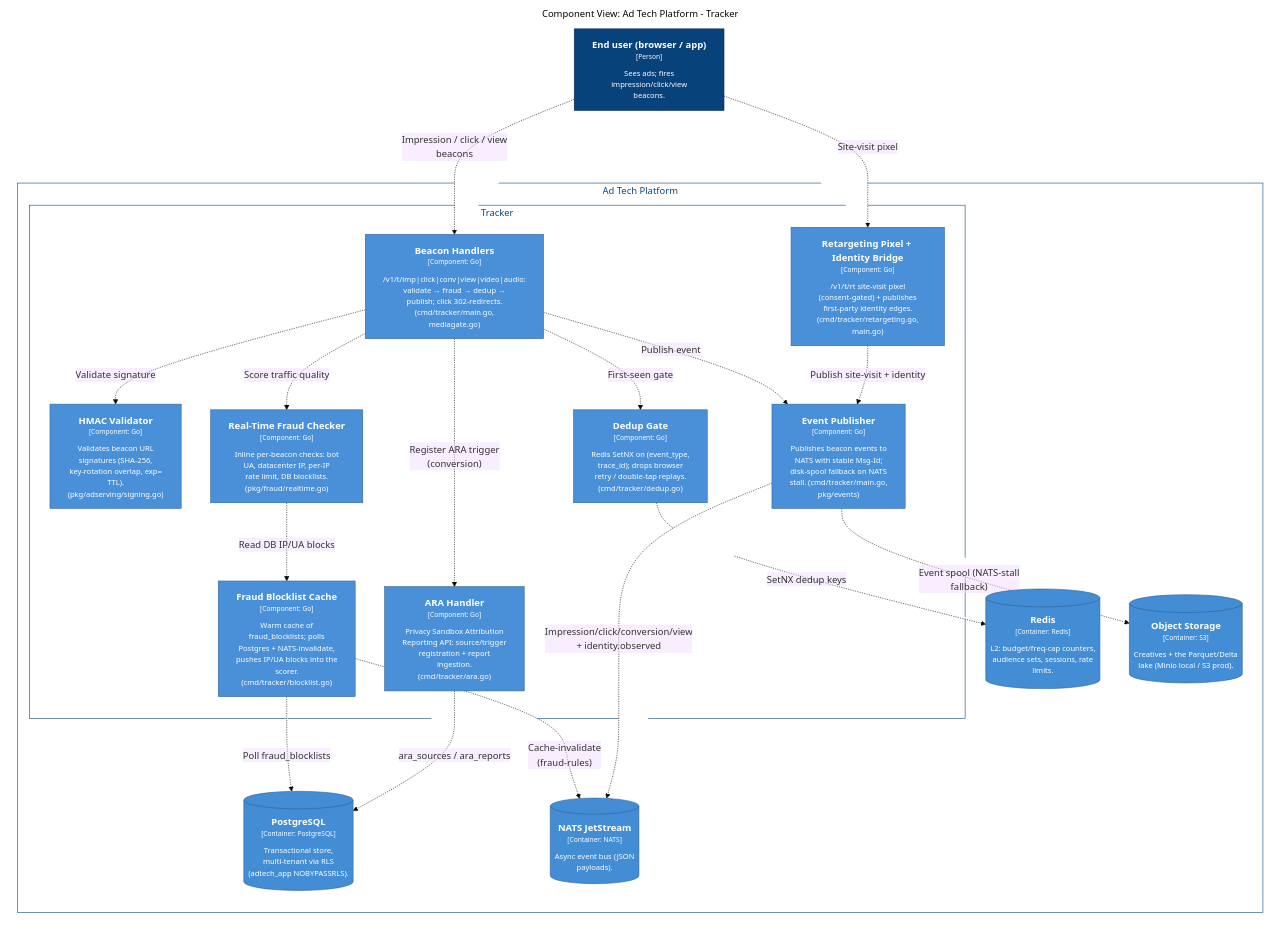
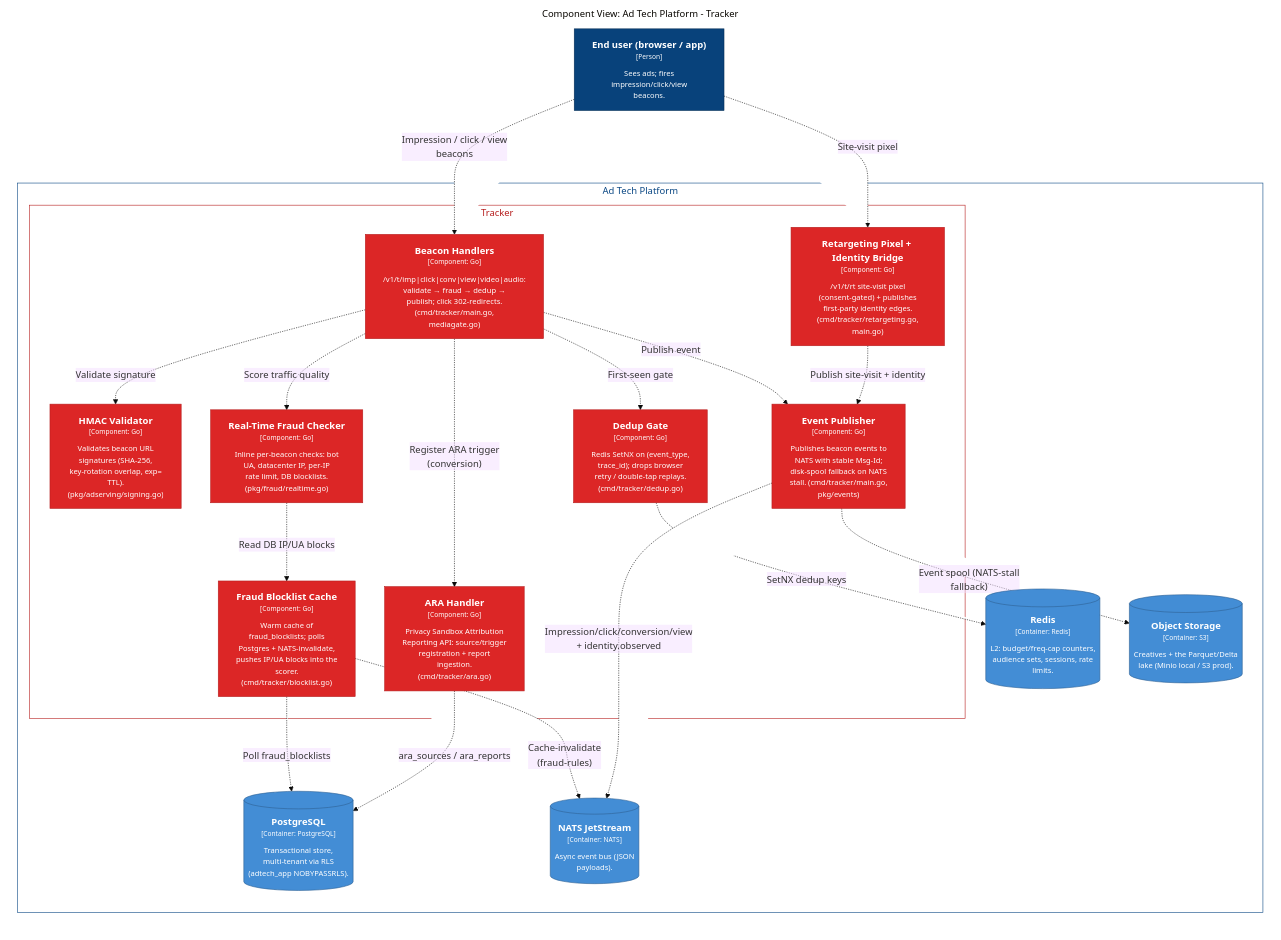
One commit to MichaelJohnWatters/ad-tech-mono changed the diagram in web/static/diagrams/structurizr-Tracker-Components.md. Above: the diagram before and after it, drawn with Mermaid (base theme). The commit also changed 19 other files, not shown here.

````diff
--- a/web/static/diagrams/structurizr-Tracker-Components.md
+++ b/web/static/diagrams/structurizr-Tracker-Components.md
@@ -1,62 +1,62 @@
 ```mermaid
 graph LR
   linkStyle default fill:#ffffff
 
   subgraph diagram ["Component View: Ad Tech Platform - Tracker"]
     style diagram fill:#ffffff,stroke:#ffffff
 
     4["<div style='font-weight: bold'>End user (browser / app)</div><div style='font-size: 70%; margin-top: 0px'>[Person]</div><div style='font-size: 80%; margin-top:10px'>Sees ads; fires<br />impression/click/view<br />beacons.</div>"]
     style 4 fill:#08427b,stroke:#052e56,color:#ffffff
 
     subgraph 9 ["Ad Tech Platform"]
       style 9 fill:#ffffff,stroke:#0b4884,color:#0b4884
 
       subgraph 62 ["Tracker"]
-        style 62 fill:#ffffff,stroke:#0b4884,color:#0b4884
+        style 62 fill:#ffffff,stroke:#b61f1f,color:#b61f1f
 
         63["<div style='font-weight: bold'>Beacon Handlers</div><div style='font-size: 70%; margin-top: 0px'>[Component: Go]</div><div style='font-size: 80%; margin-top:10px'>/v1/t/imp|click|conv|view|video|audio:<br />validate → fraud → dedup →<br />publish; click 302-redirects.<br />(cmd/tracker/main.go,<br />mediagate.go)</div>"]
-        style 63 fill:#4a90d9,stroke:#336497,color:#ffffff
+        style 63 fill:#dc2626,stroke:#b61f1f,color:#ffffff
         64["<div style='font-weight: bold'>HMAC Validator</div><div style='font-size: 70%; margin-top: 0px'>[Component: Go]</div><div style='font-size: 80%; margin-top:10px'>Validates beacon URL<br />signatures (SHA-256,<br />key-rotation overlap, exp=<br />TTL).<br />(pkg/adserving/signing.go)</div>"]
-        style 64 fill:#4a90d9,stroke:#336497,color:#ffffff
+        style 64 fill:#dc2626,stroke:#b61f1f,color:#ffffff
         65["<div style='font-weight: bold'>Real-Time Fraud Checker</div><div style='font-size: 70%; margin-top: 0px'>[Component: Go]</div><div style='font-size: 80%; margin-top:10px'>Inline per-beacon checks: bot<br />UA, datacenter IP, per-IP<br />rate limit, DB blocklists.<br />(pkg/fraud/realtime.go)</div>"]
-        style 65 fill:#4a90d9,stroke:#336497,color:#ffffff
+        style 65 fill:#dc2626,stroke:#b61f1f,color:#ffffff
         66["<div style='font-weight: bold'>Fraud Blocklist Cache</div><div style='font-size: 70%; margin-top: 0px'>[Component: Go]</div><div style='font-size: 80%; margin-top:10px'>Warm cache of<br />fraud_blocklists; polls<br />Postgres + NATS-invalidate,<br />pushes IP/UA blocks into the<br />scorer.<br />(cmd/tracker/blocklist.go)</div>"]
-        style 66 fill:#4a90d9,stroke:#336497,color:#ffffff
+        style 66 fill:#dc2626,stroke:#b61f1f,color:#ffffff
         67["<div style='font-weight: bold'>Dedup Gate</div><div style='font-size: 70%; margin-top: 0px'>[Component: Go]</div><div style='font-size: 80%; margin-top:10px'>Redis SetNX on (event_type,<br />trace_id); drops browser<br />retry / double-tap replays.<br />(cmd/tracker/dedup.go)</div>"]
-        style 67 fill:#4a90d9,stroke:#336497,color:#ffffff
+        style 67 fill:#dc2626,stroke:#b61f1f,color:#ffffff
         68["<div style='font-weight: bold'>Event Publisher</div><div style='font-size: 70%; margin-top: 0px'>[Component: Go]</div><div style='font-size: 80%; margin-top:10px'>Publishes beacon events to<br />NATS with stable Msg-Id;<br />disk-spool fallback on NATS<br />stall. (cmd/tracker/main.go,<br />pkg/events)</div>"]
-        style 68 fill:#4a90d9,stroke:#336497,color:#ffffff
+        style 68 fill:#dc2626,stroke:#b61f1f,color:#ffffff
         69["<div style='font-weight: bold'>Retargeting Pixel + Identity Bridge</div><div style='font-size: 70%; margin-top: 0px'>[Component: Go]</div><div style='font-size: 80%; margin-top:10px'>/v1/t/rt site-visit pixel<br />(consent-gated) + publishes<br />first-party identity edges.<br />(cmd/tracker/retargeting.go,<br />main.go)</div>"]
-        style 69 fill:#4a90d9,stroke:#336497,color:#ffffff
+        style 69 fill:#dc2626,stroke:#b61f1f,color:#ffffff
         70["<div style='font-weight: bold'>ARA Handler</div><div style='font-size: 70%; margin-top: 0px'>[Component: Go]</div><div style='font-size: 80%; margin-top:10px'>Privacy Sandbox Attribution<br />Reporting API: source/trigger<br />registration + report<br />ingestion.<br />(cmd/tracker/ara.go)</div>"]
-        style 70 fill:#4a90d9,stroke:#336497,color:#ffffff
+        style 70 fill:#dc2626,stroke:#b61f1f,color:#ffffff
       end
 
       145[("<div style='font-weight: bold'>PostgreSQL</div><div style='font-size: 70%; margin-top: 0px'>[Container: PostgreSQL]</div><div style='font-size: 80%; margin-top:10px'>Transactional store,<br />multi-tenant via RLS<br />(adtech_app NOBYPASSRLS).</div>")]
       style 145 fill:#438dd5,stroke:#2e6295,color:#ffffff
       146[("<div style='font-weight: bold'>Redis</div><div style='font-size: 70%; margin-top: 0px'>[Container: Redis]</div><div style='font-size: 80%; margin-top:10px'>L2: budget/freq-cap counters,<br />audience sets, sessions, rate<br />limits.</div>")]
       style 146 fill:#438dd5,stroke:#2e6295,color:#ffffff
       148[("<div style='font-weight: bold'>NATS JetStream</div><div style='font-size: 70%; margin-top: 0px'>[Container: NATS]</div><div style='font-size: 80%; margin-top:10px'>Async event bus (JSON<br />payloads).</div>")]
       style 148 fill:#438dd5,stroke:#2e6295,color:#ffffff
       149[("<div style='font-weight: bold'>Object Storage</div><div style='font-size: 70%; margin-top: 0px'>[Container: S3]</div><div style='font-size: 80%; margin-top:10px'>Creatives + the Parquet/Delta<br />lake (Minio local / S3 prod).</div>")]
       style 149 fill:#438dd5,stroke:#2e6295,color:#ffffff
     end
 
     4-. "<div>Impression / click / view<br />beacons</div><div style='font-size: 70%'></div>" .->63
     4-. "<div>Site-visit pixel</div><div style='font-size: 70%'></div>" .->69
     63-. "<div>Validate signature</div><div style='font-size: 70%'></div>" .->64
     63-. "<div>Score traffic quality</div><div style='font-size: 70%'></div>" .->65
     63-. "<div>First-seen gate</div><div style='font-size: 70%'></div>" .->67
     63-. "<div>Publish event</div><div style='font-size: 70%'></div>" .->68
     63-. "<div>Register ARA trigger<br />(conversion)</div><div style='font-size: 70%'></div>" .->70
     65-. "<div>Read DB IP/UA blocks</div><div style='font-size: 70%'></div>" .->66
     66-. "<div>Poll fraud_blocklists</div><div style='font-size: 70%'></div>" .->145
     66-. "<div>Cache-invalidate<br />(fraud-rules)</div><div style='font-size: 70%'></div>" .->148
     69-. "<div>Publish site-visit + identity</div><div style='font-size: 70%'></div>" .->68
     67-. "<div>SetNX dedup keys</div><div style='font-size: 70%'></div>" .->146
     70-. "<div>ara_sources / ara_reports</div><div style='font-size: 70%'></div>" .->145
     68-. "<div>Impression/click/conversion/view<br />+ identity.observed</div><div style='font-size: 70%'></div>" .->148
     68-. "<div>Event spool (NATS-stall<br />fallback)</div><div style='font-size: 70%'></div>" .->149
 
   end
 ```
````
